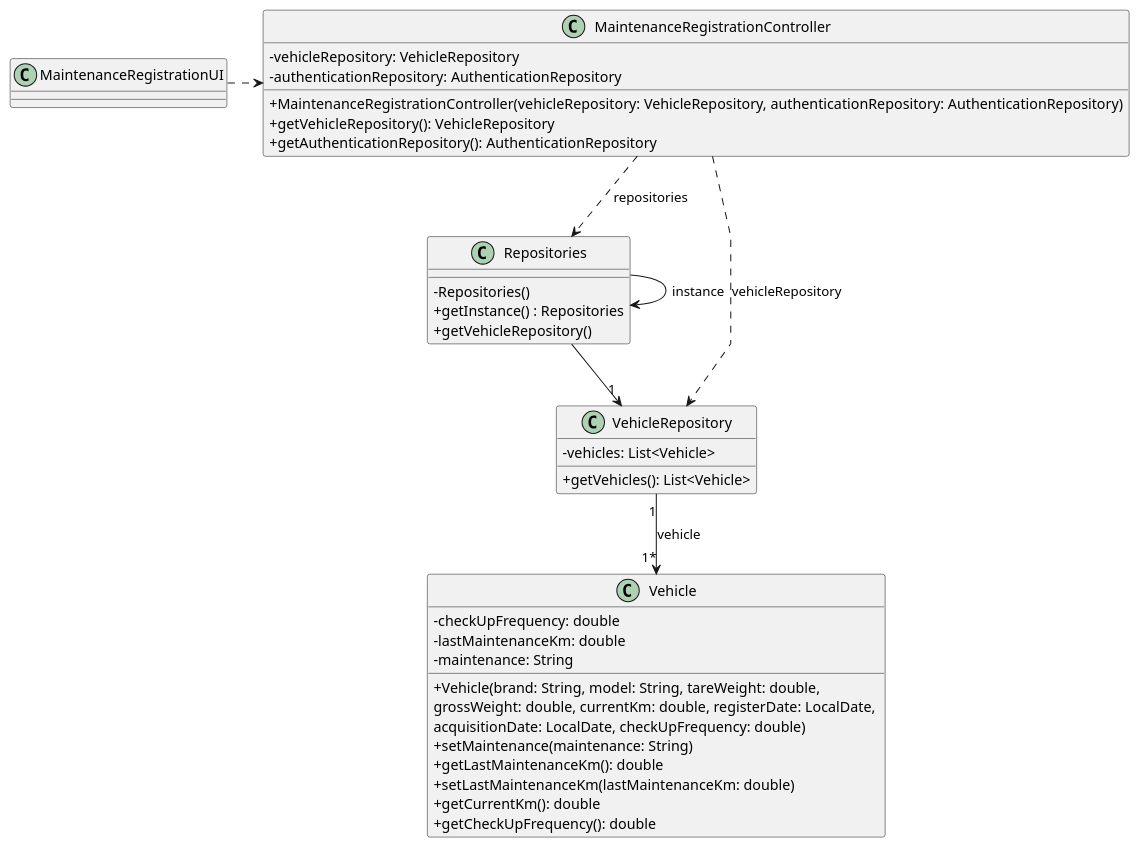
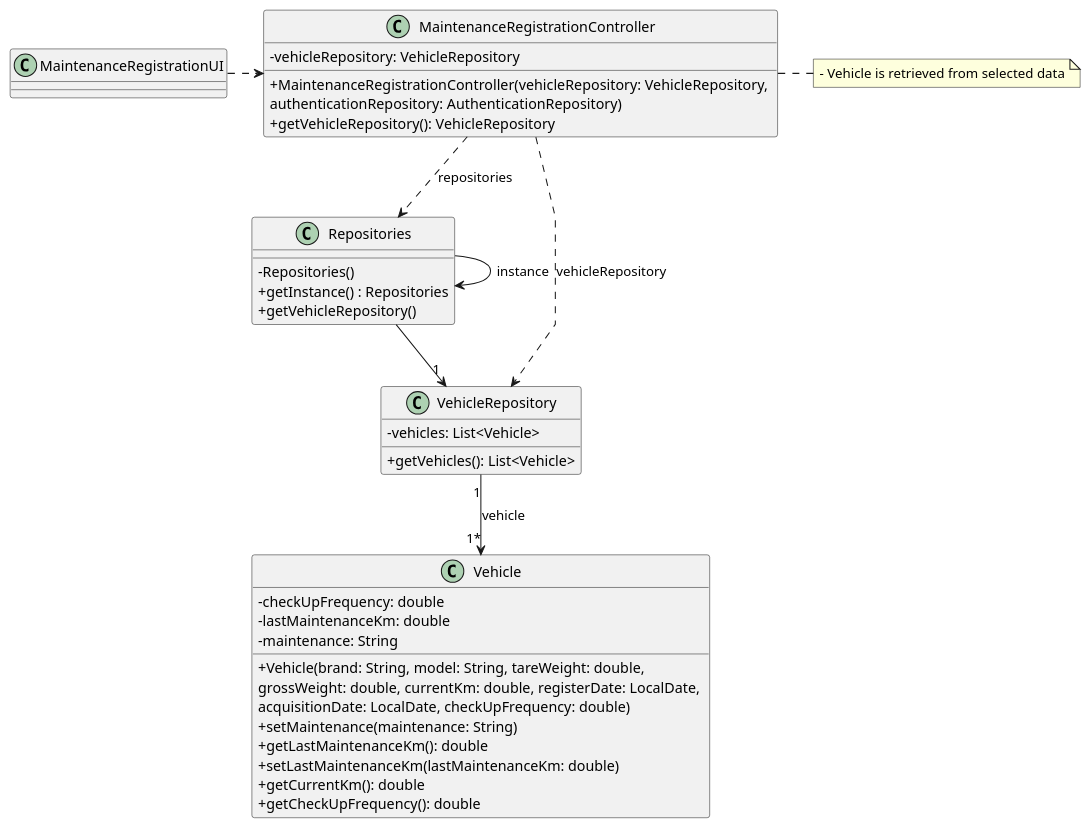
One commit to Departamento-de-Engenharia-Informatica/lei-24-s2-1df-1de-g063 changed the diagram in docs/sprintB/us007/03.design/puml/us007-class-diagram.puml. Above: the diagram before and after it, drawn with PlantUML. The commit also changed 15 other files, not shown here.

Commit message:
Testes Unitários e atualização dos class diagrams

```diff
--- a/docs/sprintB/us007/03.design/puml/us007-class-diagram.puml
+++ b/docs/sprintB/us007/03.design/puml/us007-class-diagram.puml
@@ -1,53 +1,55 @@
 @startuml
 'skinparam monochrome true
 skinparam packageStyle rectangle
 skinparam shadowing false
 skinparam linetype polyline
 'skinparam linetype orto
 
 skinparam classAttributeIconSize 0
 
 'left to right direction
 class MaintenanceRegistrationUI {
 
 }
 
 class MaintenanceRegistrationController {
     -vehicleRepository: VehicleRepository
-    -authenticationRepository: AuthenticationRepository
-    +MaintenanceRegistrationController(vehicleRepository: VehicleRepository, authenticationRepository: AuthenticationRepository)
+    +MaintenanceRegistrationController(vehicleRepository: VehicleRepository, \nauthenticationRepository: AuthenticationRepository)
     +getVehicleRepository(): VehicleRepository
-    +getAuthenticationRepository(): AuthenticationRepository
 }
+
+note right of MaintenanceRegistrationController
+    - Vehicle is retrieved from selected data
+end note
 
 class Repositories{
     - Repositories()
     + getInstance() : Repositories
     + getVehicleRepository()
 }
 
 class VehicleRepository{
     -vehicles: List<Vehicle>
     +getVehicles(): List<Vehicle>
 }
 
 class Vehicle{
     -checkUpFrequency: double
     -lastMaintenanceKm: double
     -maintenance: String
     +Vehicle(brand: String, model: String, tareWeight: double, \ngrossWeight: double, currentKm: double, registerDate: LocalDate, \nacquisitionDate: LocalDate, checkUpFrequency: double)
     +setMaintenance(maintenance: String)
     +getLastMaintenanceKm(): double
     +setLastMaintenanceKm(lastMaintenanceKm: double)
     +getCurrentKm(): double
     +getCheckUpFrequency(): double
 }
 
 MaintenanceRegistrationUI .> MaintenanceRegistrationController
 MaintenanceRegistrationController ..> Repositories : repositories
 Repositories -> Repositories : instance
 Repositories --> "1" VehicleRepository
 VehicleRepository "1" --> "1*" Vehicle : vehicle
 MaintenanceRegistrationController ..> VehicleRepository : vehicleRepository
 
 @enduml
```
